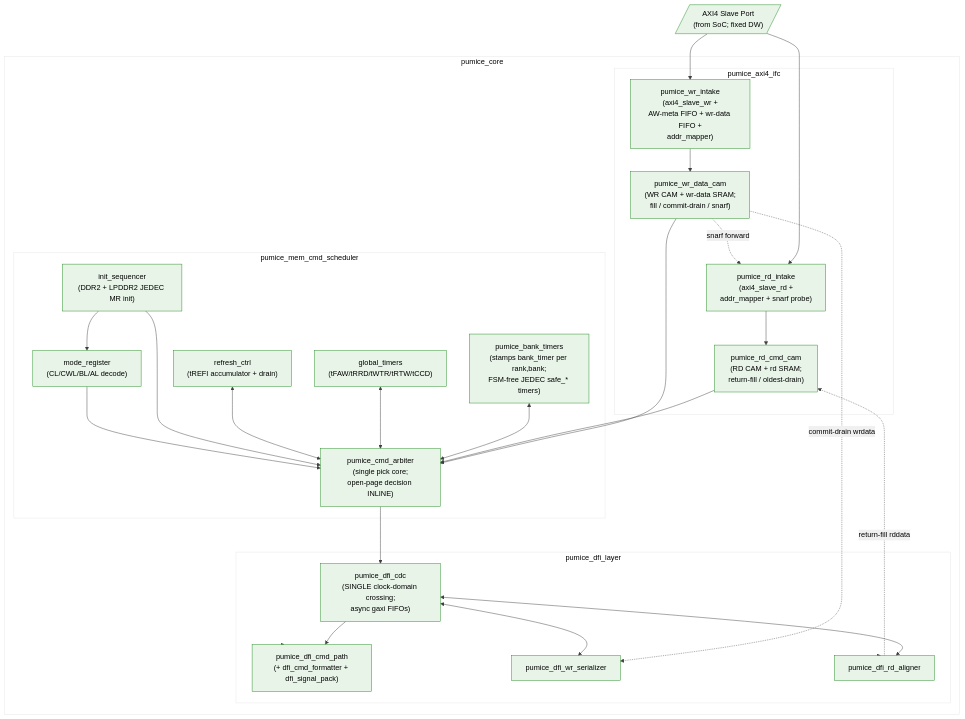
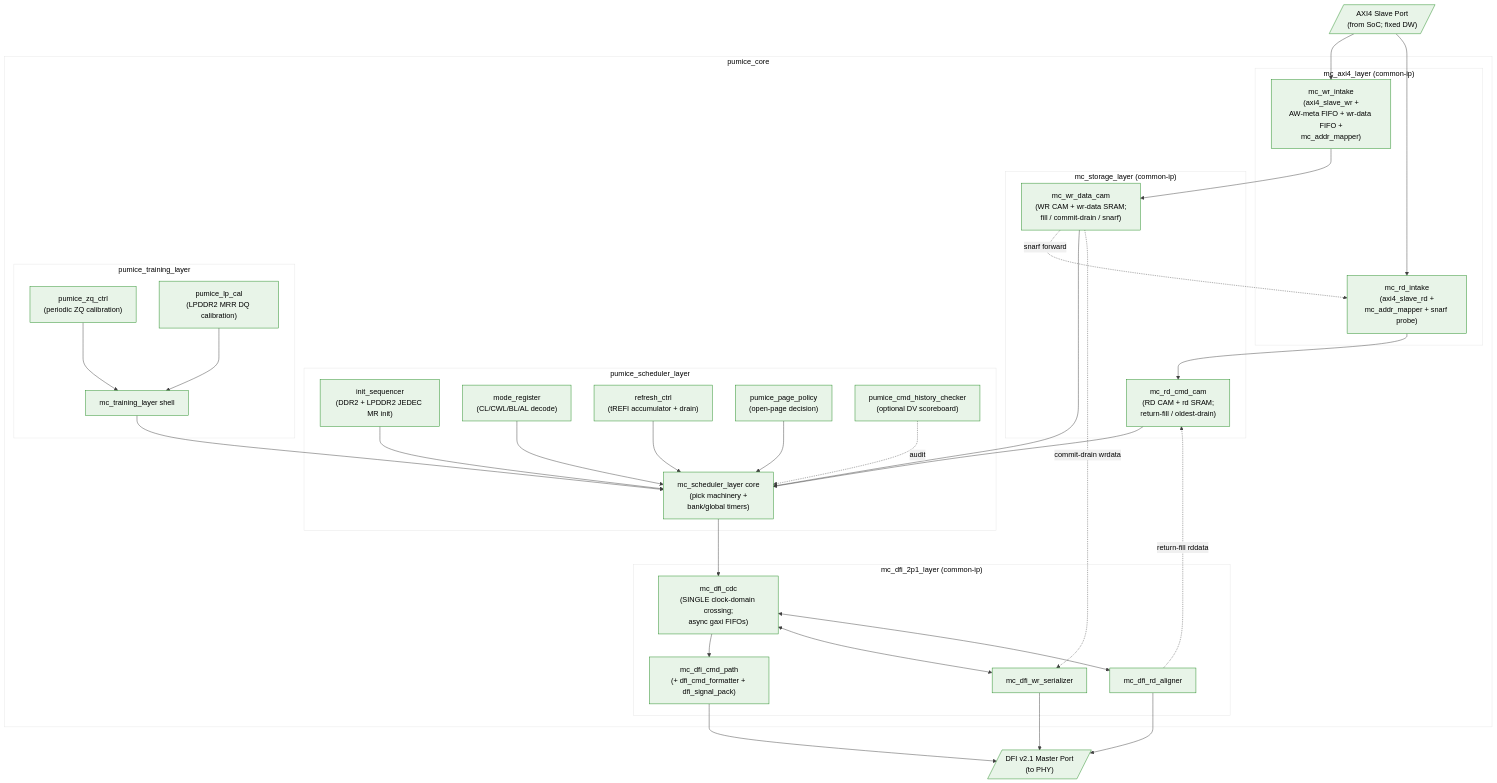
Before and after one commit to sean-galloway/RTLDesignSherpa: the diagram in projects/components/mem-ctrl-ip/research-ip/pumice-ddr2-lpddr2/docs/pumice_has/assets/mermaid/01_block_diagram.mmd, drawn with Mermaid. The commit also changed 12 other files, not shown here.

First line of the commit message:
docs(pumice_has): rebase the HAS on the Phase-2 common stack (v1.0-draft)

```diff
--- a/projects/components/mem-ctrl-ip/research-ip/pumice-ddr2-lpddr2/docs/pumice_has/assets/mermaid/01_block_diagram.mmd
+++ b/projects/components/mem-ctrl-ip/research-ip/pumice-ddr2-lpddr2/docs/pumice_has/assets/mermaid/01_block_diagram.mmd
@@ -1,55 +1,67 @@
 %%{init: {'theme': 'base', 'themeVariables': { 'primaryColor': '#e8f4e8', 'primaryTextColor': '#000', 'primaryBorderColor': '#228B22', 'lineColor': '#404040', 'secondaryColor': '#f0f0f0', 'tertiaryColor': '#fff'}}}%%
 flowchart TB
     subgraph CORE["pumice_core"]
 
-        subgraph IFC["pumice_axi4_ifc"]
-            wr_intake["pumice_wr_intake<br/>(axi4_slave_wr +<br/>AW-meta FIFO + wr-data FIFO +<br/>addr_mapper)"]
-            rd_intake["pumice_rd_intake<br/>(axi4_slave_rd +<br/>addr_mapper + snarf probe)"]
-            wr_data_cam["pumice_wr_data_cam<br/>(WR CAM + wr-data SRAM;<br/>fill / commit-drain / snarf)"]
-            rd_cmd_cam["pumice_rd_cmd_cam<br/>(RD CAM + rd SRAM;<br/>return-fill / oldest-drain)"]
+        subgraph AXI["mc_axi4_layer (common-ip)"]
+            wr_intake["mc_wr_intake<br/>(axi4_slave_wr +<br/>AW-meta FIFO + wr-data FIFO +<br/>mc_addr_mapper)"]
+            rd_intake["mc_rd_intake<br/>(axi4_slave_rd +<br/>mc_addr_mapper + snarf probe)"]
         end
 
-        subgraph SCHED["pumice_mem_cmd_scheduler"]
-            cmd_arbiter["pumice_cmd_arbiter<br/>(single pick core;<br/>open-page decision INLINE)"]
-            bank_timers["pumice_bank_timers<br/>(stamps bank_timer per rank,bank;<br/>FSM-free JEDEC safe_* timers)"]
-            global_timers["global_timers<br/>(tFAW/tRRD/tWTR/tRTW/tCCD)"]
-            refresh_ctrl["refresh_ctrl<br/>(tREFI accumulator + drain)"]
+        subgraph STOR["mc_storage_layer (common-ip)"]
+            wr_data_cam["mc_wr_data_cam<br/>(WR CAM + wr-data SRAM;<br/>fill / commit-drain / snarf)"]
+            rd_cmd_cam["mc_rd_cmd_cam<br/>(RD CAM + rd SRAM;<br/>return-fill / oldest-drain)"]
+        end
+
+        subgraph SCHED["pumice_scheduler_layer"]
+            sched_core["mc_scheduler_layer core<br/>(pick machinery +<br/>bank/global timers)"]
             init_sequencer["init_sequencer<br/>(DDR2 + LPDDR2 JEDEC MR init)"]
             mode_register["mode_register<br/>(CL/CWL/BL/AL decode)"]
+            refresh_ctrl["refresh_ctrl<br/>(tREFI accumulator + drain)"]
+            page_policy["pumice_page_policy<br/>(open-page decision)"]
+            cmd_hist["pumice_cmd_history_checker<br/>(optional DV scoreboard)"]
         end
 
-        subgraph DFI["pumice_dfi_layer"]
-            dfi_cdc["pumice_dfi_cdc<br/>(SINGLE clock-domain crossing;<br/>async gaxi FIFOs)"]
-            dfi_cmd_path["pumice_dfi_cmd_path<br/>(+ dfi_cmd_formatter + dfi_signal_pack)"]
-            dfi_wr_ser["pumice_dfi_wr_serializer"]
-            dfi_rd_align["pumice_dfi_rd_aligner"]
+        subgraph TRN["pumice_training_layer"]
+            trn_shell["mc_training_layer shell"]
+            zq_ctrl["pumice_zq_ctrl<br/>(periodic ZQ calibration)"]
+            lp_cal["pumice_lp_cal<br/>(LPDDR2 MRR DQ calibration)"]
+        end
+
+        subgraph DFI["mc_dfi_2p1_layer (common-ip)"]
+            dfi_cdc["mc_dfi_cdc<br/>(SINGLE clock-domain crossing;<br/>async gaxi FIFOs)"]
+            dfi_cmd_path["mc_dfi_cmd_path<br/>(+ dfi_cmd_formatter + dfi_signal_pack)"]
+            dfi_wr_ser["mc_dfi_wr_serializer"]
+            dfi_rd_align["mc_dfi_rd_aligner"]
         end
 
     end
 
-    AXI[/"AXI4 Slave Port<br/>(from SoC; fixed DW)"/] --> wr_intake
-    AXI --> rd_intake
+    AXI_PORT[/"AXI4 Slave Port<br/>(from SoC; fixed DW)"/] --> wr_intake
+    AXI_PORT --> rd_intake
 
     wr_intake --> wr_data_cam
     rd_intake --> rd_cmd_cam
     wr_data_cam -. snarf forward .-> rd_intake
 
-    wr_data_cam --> cmd_arbiter
-    rd_cmd_cam --> cmd_arbiter
-    bank_timers <--> cmd_arbiter
-    global_timers <--> cmd_arbiter
-    refresh_ctrl <--> cmd_arbiter
-    init_sequencer --> cmd_arbiter
-    mode_register --> cmd_arbiter
-    init_sequencer --> mode_register
+    wr_data_cam --> sched_core
+    rd_cmd_cam --> sched_core
+    init_sequencer --> sched_core
+    mode_register --> sched_core
+    refresh_ctrl --> sched_core
+    page_policy --> sched_core
+    cmd_hist -. audit .-> sched_core
 
-    cmd_arbiter --> dfi_cdc
+    zq_ctrl --> trn_shell
+    lp_cal --> trn_shell
+    trn_shell --> sched_core
+
+    sched_core --> dfi_cdc
     wr_data_cam -. commit-drain wrdata .-> dfi_wr_ser
     dfi_rd_align -. return-fill rddata .-> rd_cmd_cam
 
     dfi_cdc --> dfi_cmd_path
     dfi_cdc <--> dfi_wr_ser
     dfi_cdc <--> dfi_rd_align
-    dfi_cmd_path --> DFI[/"DFI v2.1 Master Port<br/>(to PHY)"/]
-    dfi_wr_ser --> DFI
-    dfi_rd_align --> DFI
+    dfi_cmd_path --> DFI_PORT[/"DFI v2.1 Master Port<br/>(to PHY)"/]
+    dfi_wr_ser --> DFI_PORT
+    dfi_rd_align --> DFI_PORT
```
